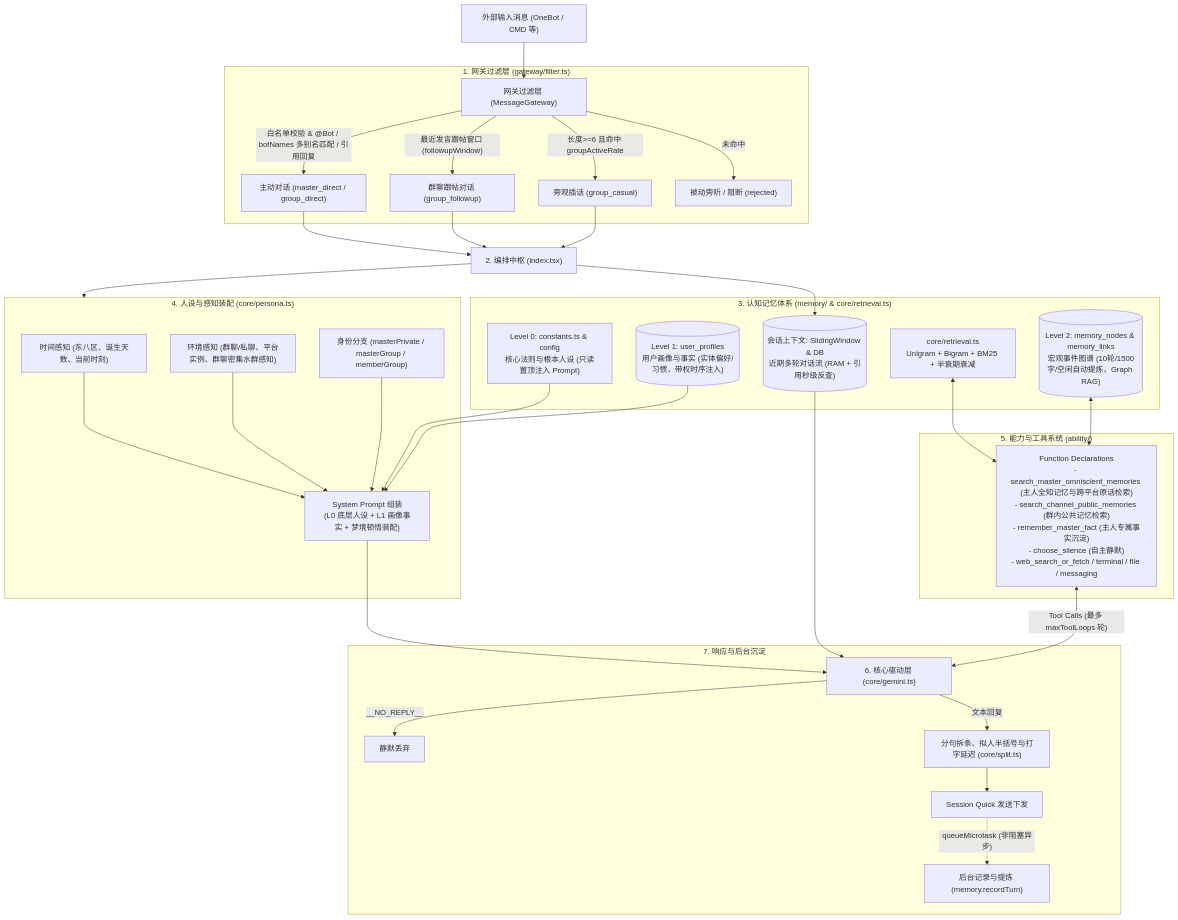
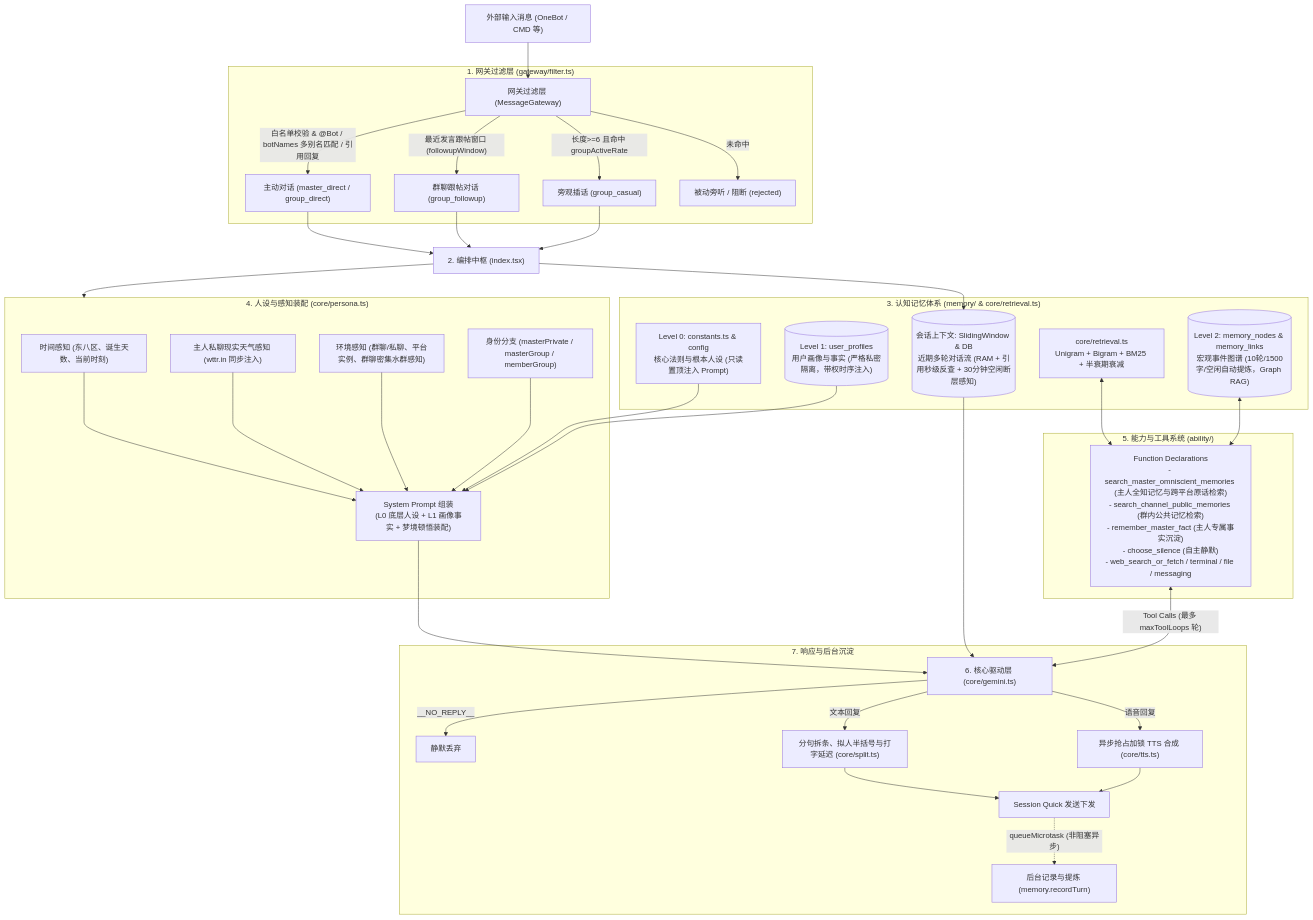
Before and after one commit to biyuehu/animaone: the diagram in modules/chat-ai/README.md, drawn with Mermaid. The commit also changed other lines of this file and 1 other file, not shown here.

Commit message:
docs: sync README with latest architecture, directives and config reference

````diff
--- a/modules/chat-ai/README.md
+++ b/modules/chat-ai/README.md
@@ -9,56 +9,60 @@
 ```mermaid
 flowchart TD
     Msg["外部输入消息 (OneBot / CMD 等)"] --> GW["网关过滤层 (MessageGateway)"]
 
     subgraph Gateway["1. 网关过滤层 (gateway/filter.ts)"]
         GW -->|"白名单校验 & @Bot / botNames 多别名匹配 / 引用回复"| Direct["主动对话 (master_direct / group_direct)"]
         GW -->|"最近发言跟帖窗口 (followupWindow)"| Followup["群聊跟帖对话 (group_followup)"]
         GW -->|"长度>=6 且命中 groupActiveRate"| Casual["旁观插话 (group_casual)"]
         GW -->|"未命中"| Reject["被动旁听 / 阻断 (rejected)"]
     end
 
     Direct --> Core["2. 编排中枢 (index.tsx)"]
     Followup --> Core
     Casual --> Core
 
     subgraph MemoryLayer["3. 认知记忆体系 (memory/ & core/retrieval.ts)"]
         L0["Level 0: constants.ts & config<br/>核心法则与根本人设 (只读置顶注入 Prompt)"]
-        L1[("Level 1: user_profiles<br/>用户画像与事实 (实体偏好/习惯，带权时序注入)")]
+        L1[("Level 1: user_profiles<br/>用户画像与事实 (严格私密隔离，带权时序注入)")]
         L2[("Level 2: memory_nodes & memory_links<br/>宏观事件图谱 (10轮/1500字/空闲自动提炼，Graph RAG)")]
-        SessionContext[("会话上下文: SlidingWindow & DB<br/>近期多轮对话流 (RAM + 引用秒级反查)")]
+        SessionContext[("会话上下文: SlidingWindow & DB<br/>近期多轮对话流 (RAM + 引用秒级反查 + 30分钟空闲断层感知)")]
         BM25["core/retrieval.ts<br/>Unigram + Bigram + BM25 + 半衰期衰减"]
     end
 
     subgraph Persona["4. 人设与感知装配 (core/persona.ts)"]
         SysTime["时间感知 (东八区、诞生天数、当前时刻)"]
+        Weather["主人私聊现实天气感知 (wttr.in 同步注入)"]
         Env["环境感知 (群聊/私聊、平台实例、群聊密集水群感知)"]
         Identity["身份分支 (masterPrivate / masterGroup / memberGroup)"]
         Prompt["System Prompt 组装<br/>(L0 底层人设 + L1 画像事实 + 梦境顿悟装配)"]
 
         SysTime --> Prompt
+        Weather --> Prompt
         Env --> Prompt
         Identity --> Prompt
         L0 --> Prompt
         L1 --> Prompt
     end
 
     Core --> Persona
     Core --> SessionContext
 
     subgraph Ability["5. 能力与工具系统 (ability/)"]
         Tools["Function Declarations<br/>- search_master_omniscient_memories (主人全知记忆与跨平台原话检索)<br/>- search_channel_public_memories (群内公共记忆检索)<br/>- remember_master_fact (主人专属事实沉淀)<br/>- choose_silence (自主静默)<br/>- web_search_or_fetch / terminal / file / messaging"]
     end
 
     Prompt --> Gemini["6. 核心驱动层 (core/gemini.ts)"]
     SessionContext --> Gemini
     Tools <-->|"Tool Calls (最多 maxToolLoops 轮)"| Gemini
     BM25 <--> Tools
     L2 <--> Tools
 
     subgraph Output["7. 响应与后台沉淀"]
         Gemini -->|"__NO_REPLY__"| Drop["静默丢弃"]
         Gemini -->|"文本回复"| Split["分句拆条、拟人半括号与打字延迟 (core/split.ts)"]
+        Gemini -->|"语音回复"| Voice["异步抢占加锁 TTS 合成 (core/tts.ts)"]
         Split --> Session["Session Quick 发送下发"]
+        Voice --> Session
         Session -.->|"queueMicrotask (非阻塞异步)"| Record["后台记录与提炼 (memory.recordTurn)"]
     end
 ```
````
